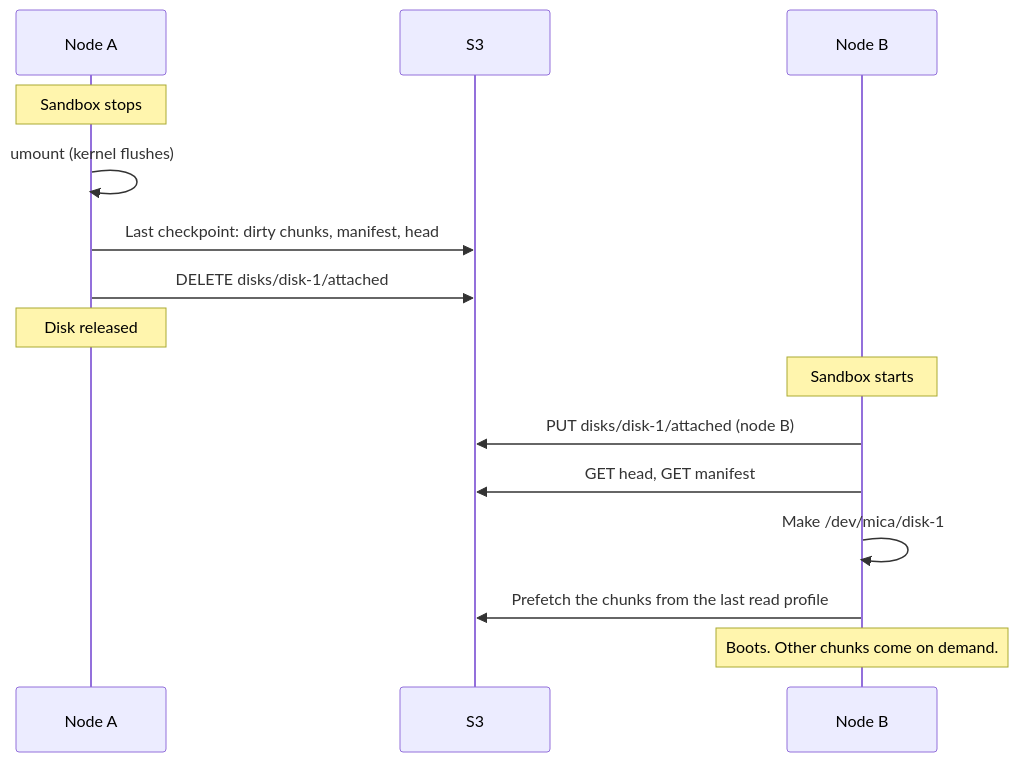
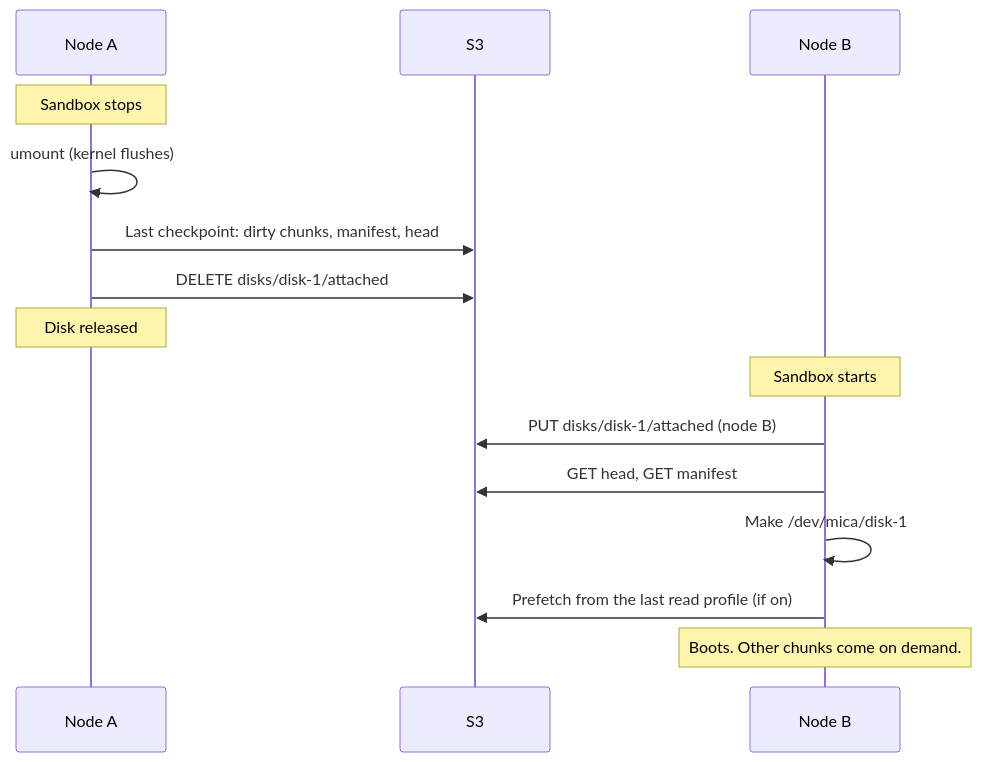
The eighth of 10 diagrams in docs/architecture.md (tanmoysrt/mica), drawn with Mermaid before and after one commit. The commit also changed other lines of this file and 15 other files, not shown here.

````diff
--- a/docs/architecture.md
+++ b/docs/architecture.md
@@ -232,19 +241,19 @@
 ```mermaid
 sequenceDiagram
     participant A as Node A
     participant S as S3
     participant B as Node B
 
     Note over A: Sandbox stops
     A->>A: umount (kernel flushes)
     A->>S: Last checkpoint: dirty chunks, manifest, head
     A->>S: DELETE disks/disk-1/attached
     Note over A: Disk released
 
     Note over B: Sandbox starts
     B->>S: PUT disks/disk-1/attached (node B)
     B->>S: GET head, GET manifest
     B->>B: Make /dev/mica/disk-1
-    B->>S: Prefetch the chunks from the last read profile
+    B->>S: Prefetch from the last read profile (if on)
     Note over B: Boots. Other chunks come on demand.
 ```
````
